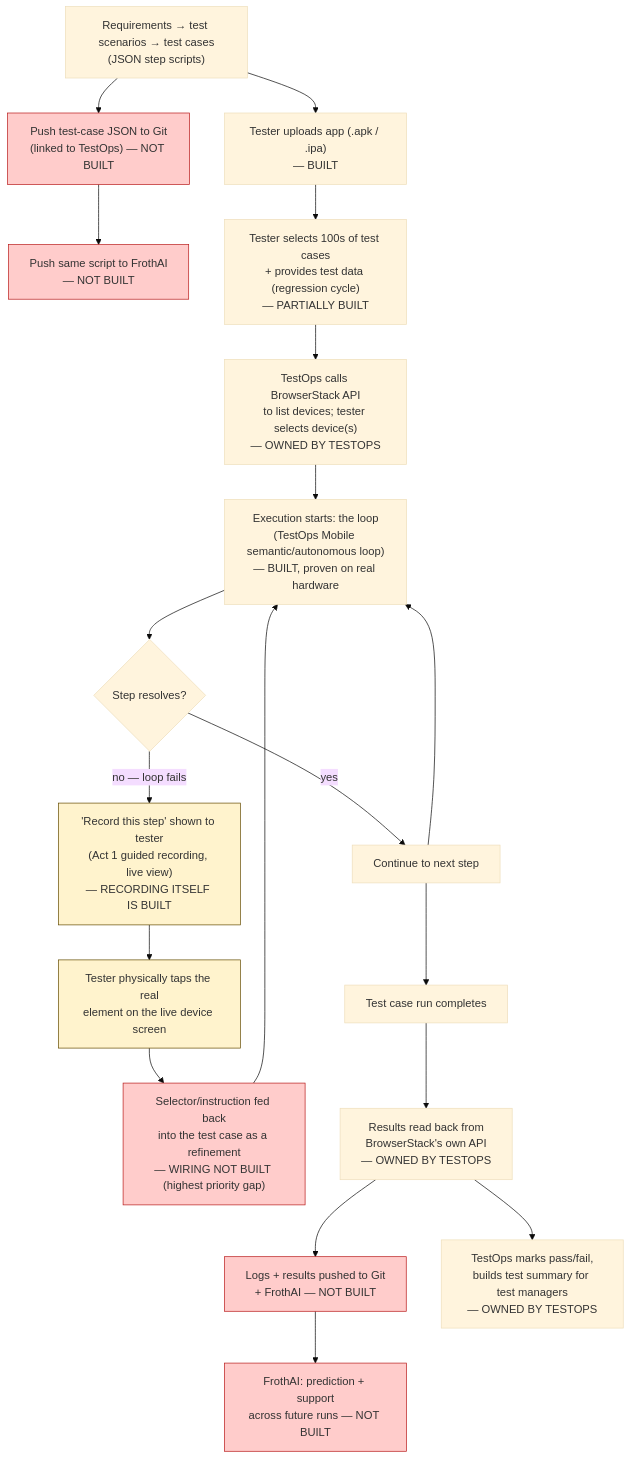
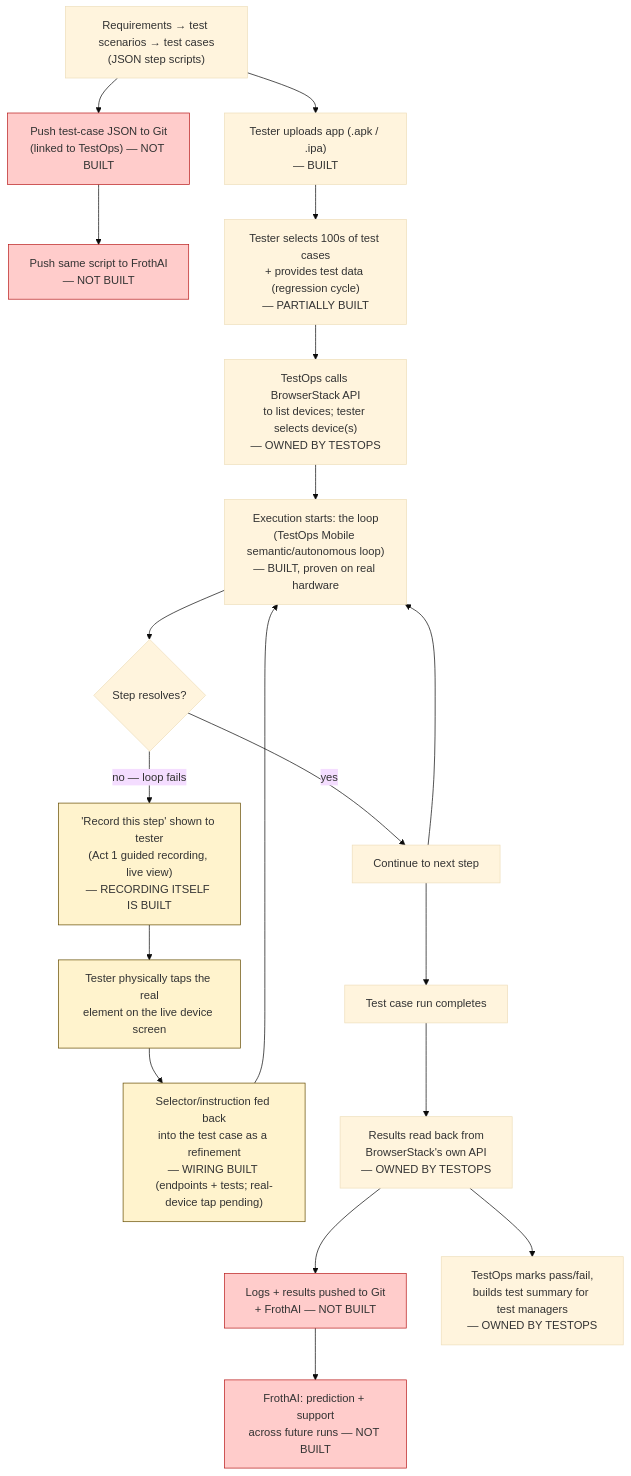
Before and after one commit to prabathkumar/phoenix: the diagram in docs/TESTOPS_WORKFLOW_UX.md, drawn with Mermaid (base theme). The commit also changed other lines of this file and 4 other files, not shown here.

First line of the commit message:
Tap Android via W3C pointer actions; Dockerfile installs frontend deps; docs/STATUS/diagram updates

````diff
--- a/docs/TESTOPS_WORKFLOW_UX.md
+++ b/docs/TESTOPS_WORKFLOW_UX.md
@@ -127,29 +127,29 @@
 ```mermaid
 flowchart TD
     A["Requirements → test scenarios → test cases\n(JSON step scripts)"] --> B["Push test-case JSON to Git\n(linked to TestOps) — NOT BUILT"]
     B --> C["Push same script to FrothAI\n— NOT BUILT"]
     A --> D["Tester uploads app (.apk / .ipa)\n— BUILT"]
     D --> E["Tester selects 100s of test cases\n+ provides test data (regression cycle)\n— PARTIALLY BUILT"]
     E --> F["TestOps calls BrowserStack API\nto list devices; tester selects device(s)\n— OWNED BY TESTOPS"]
     F --> G["Execution starts: the loop\n(TestOps Mobile semantic/autonomous loop)\n— BUILT, proven on real hardware"]
     G --> H{"Step resolves?"}
     H -- "yes" --> I["Continue to next step"]
     I --> G
     H -- "no — loop fails" --> J["'Record this step' shown to tester\n(Act 1 guided recording, live view)\n— RECORDING ITSELF IS BUILT"]
     J --> K["Tester physically taps the real\nelement on the live device screen"]
-    K --> L["Selector/instruction fed back\ninto the test case as a refinement\n— WIRING NOT BUILT (highest priority gap)"]
+    K --> L["Selector/instruction fed back\ninto the test case as a refinement\n— WIRING BUILT (endpoints + tests; real-device tap pending)"]
     L --> G
     I --> M["Test case run completes"]
     M --> N["Results read back from\nBrowserStack's own API\n— OWNED BY TESTOPS"]
     N --> O["Logs + results pushed to Git\n+ FrothAI — NOT BUILT"]
     N --> P["TestOps marks pass/fail,\nbuilds test summary for test managers\n— OWNED BY TESTOPS"]
     O --> Q["FrothAI: prediction + support\nacross future runs — NOT BUILT"]
 
     style J fill:#fff3cd,stroke:#664d03
     style K fill:#fff3cd,stroke:#664d03
-    style L fill:#ffcccb,stroke:#b91c1c
+    style L fill:#fff3cd,stroke:#664d03
     style B fill:#ffcccb,stroke:#b91c1c
     style C fill:#ffcccb,stroke:#b91c1c
     style O fill:#ffcccb,stroke:#b91c1c
     style Q fill:#ffcccb,stroke:#b91c1c
 ```
````
